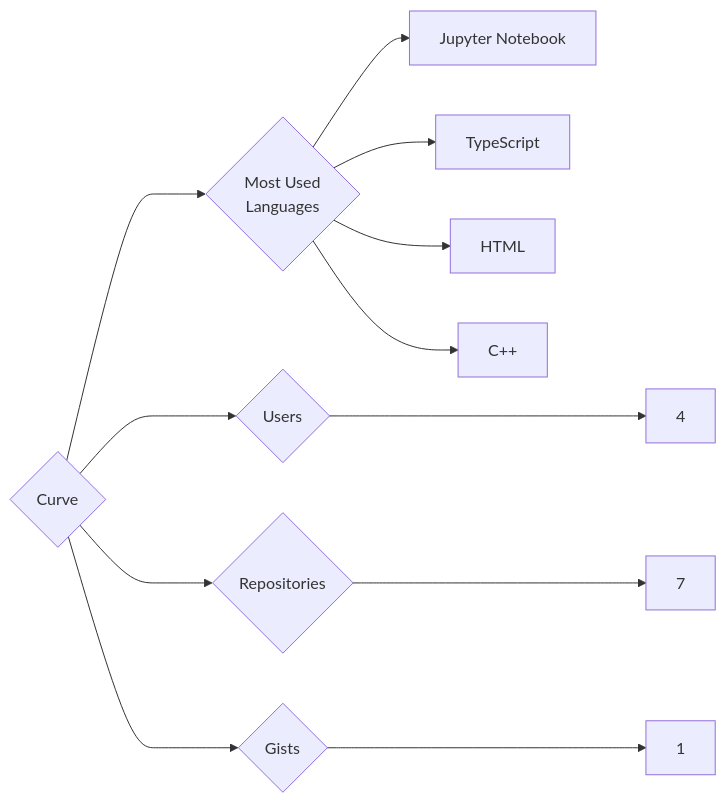
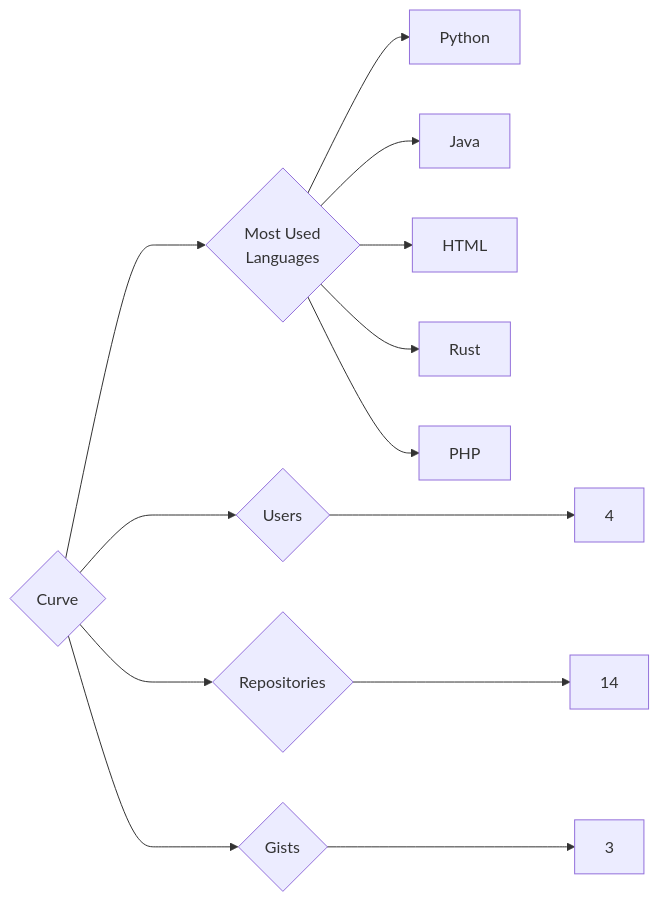
Before and after one commit to trickest/insiders: the diagram in targets/Curve/README.md, drawn with Mermaid. The commit also changed 1089 other files, not shown here.

````diff
--- a/targets/Curve/README.md
+++ b/targets/Curve/README.md
@@ -3,12 +3,13 @@
 ```mermaid
 graph LR
 COMPANY_NAME{Curve}
 COMPANY_NAME ---> U{Users} ---> UN[4]
-COMPANY_NAME ---> R{Repositories} ---> RN[7]
-COMPANY_NAME ---> G{Gists} ---> GN[1]
+COMPANY_NAME ---> R{Repositories} ---> RN[14]
+COMPANY_NAME ---> G{Gists} ---> GN[3]
 COMPANY_NAME ---> ML{Most Used<br>Languages}
-ML --> Jupyter_Notebook[Jupyter Notebook]
-ML --> TypeScript[TypeScript]
+ML --> Python[Python]
+ML --> Java[Java]
 ML --> HTML[HTML]
-ML --> C++[C++]
+ML --> Rust[Rust]
+ML --> PHP[PHP]
 ```
````
